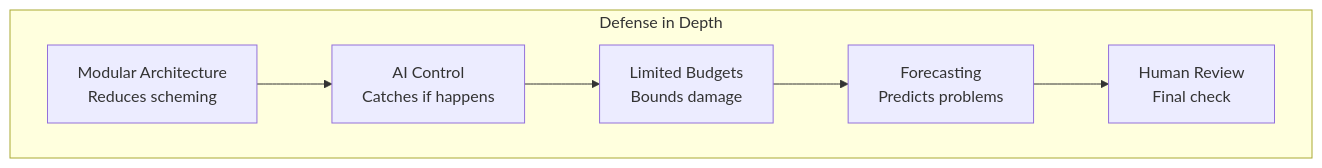
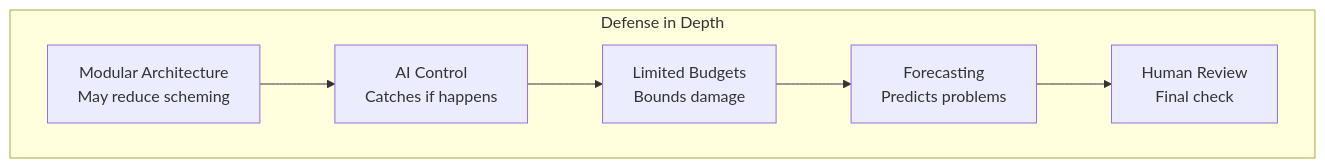
One commit to quantified-uncertainty/delegation-risk-framework changed the diagram in src/content/docs/reference/related-approaches.md. Above: the diagram before and after it, drawn with Mermaid. The commit also changed other lines of this file and 59 other files, not shown here.

````diff
--- a/src/content/docs/reference/related-approaches.md
+++ b/src/content/docs/reference/related-approaches.md
@@ -71,9 +71,9 @@
 ```mermaid
 flowchart TB
     subgraph "Defense in Depth"
-        Arch[Modular Architecture<br/>Reduces scheming] --> Control[AI Control<br/>Catches if happens]
+        Arch[Modular Architecture<br/>May reduce scheming] --> Control[AI Control<br/>Catches if happens]
         Control --> Budget[Limited Budgets<br/>Bounds damage]
         Budget --> Forecast[Forecasting<br/>Predicts problems]
         Forecast --> Human[Human Review<br/>Final check]
     end
 ```
````
